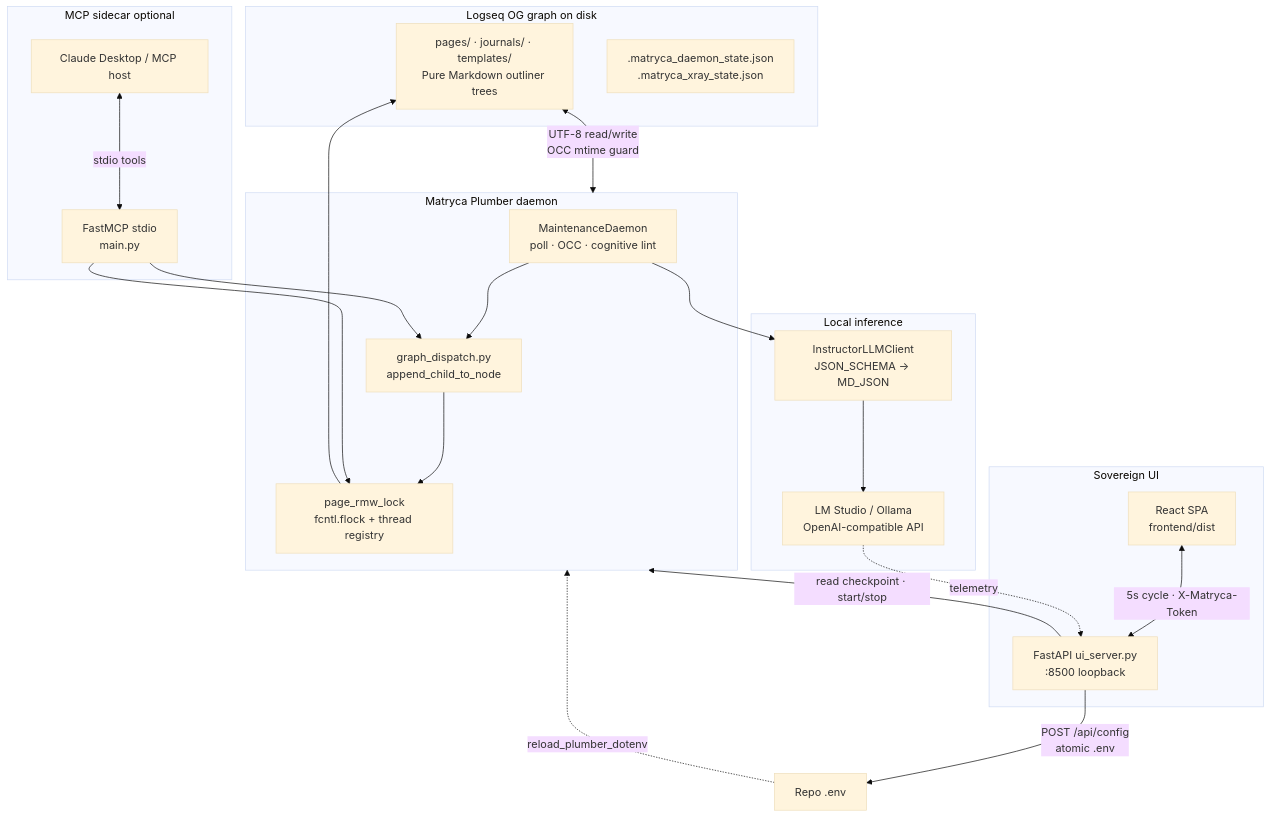
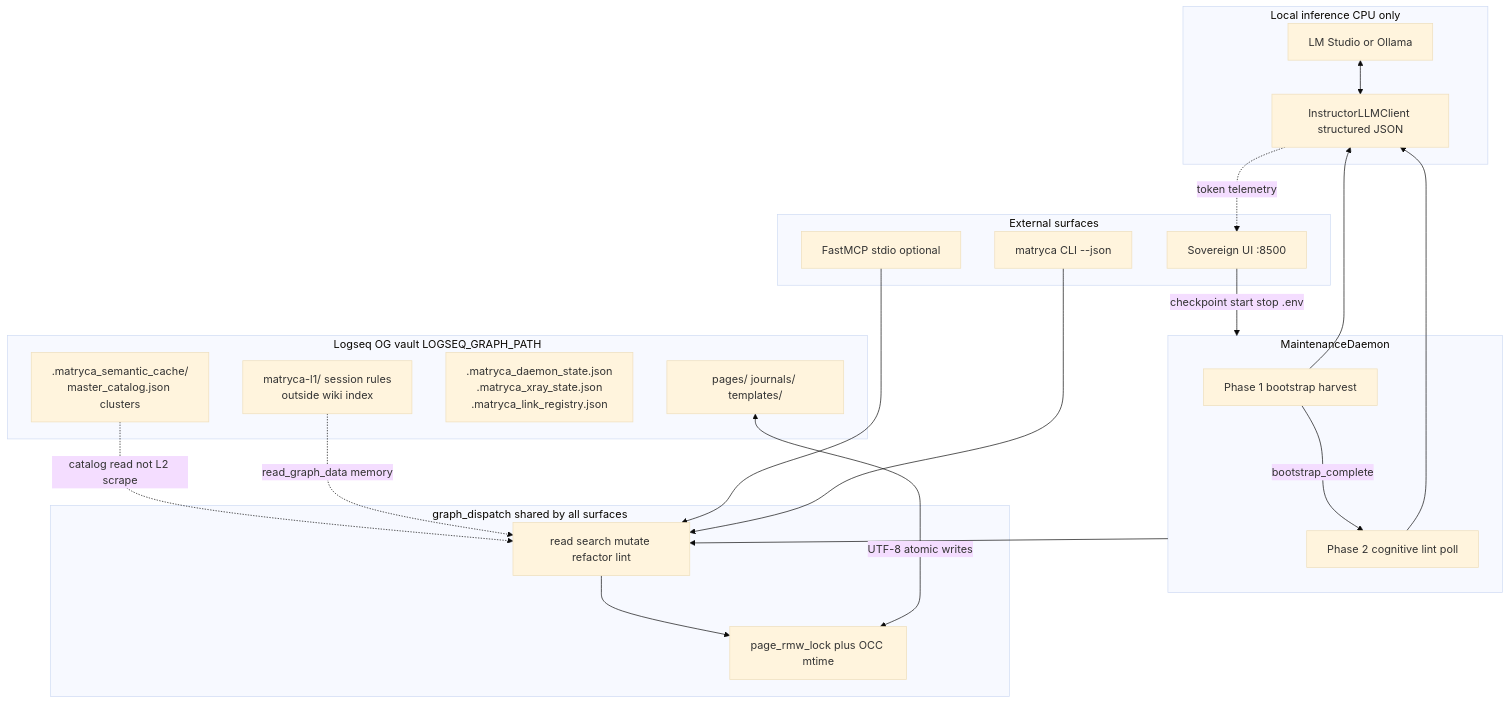
Before and after one commit to blackwolf225/matryca-plumber: the fourth of 13 diagrams in docs/ARCHITECTURE.md, drawn with Mermaid (base theme). The commit also changed other lines of this file and 21 other files, not shown here.

Commit message:
chore: release 1.9.5 LLM OS agent contract, bootstrap_status read target, and documentation alignment.

````diff
--- a/docs/ARCHITECTURE.md
+++ b/docs/ARCHITECTURE.md
@@ -128,43 +192,44 @@
 ```mermaid
-graph TD
-  subgraph graph["Logseq OG graph on disk"]
-    MD["pages/ · journals/ · templates/\nPure Markdown outliner trees"]
-    LEDGER[".matryca_daemon_state.json\n.matryca_xray_state.json"]
+flowchart TB
+  subgraph vault [Logseq OG vault LOGSEQ_GRAPH_PATH]
+    Pages["pages/ journals/ templates/"]
+    Cache[".matryca_semantic_cache/\nmaster_catalog.json clusters"]
+    Ledgers[".matryca_daemon_state.json\n.matryca_xray_state.json\n.matryca_link_registry.json"]
+    L1["matryca-l1/ session rules\noutside wiki index"]
   end
 
-  subgraph daemon["Matryca Plumber daemon"]
-    MD_POLL["MaintenanceDaemon\npoll · OCC · cognitive lint"]
-    GD["graph_dispatch.py\nappend_child_to_node"]
-    LOCK["page_rmw_lock\nfcntl.flock + thread registry"]
-    MD_POLL --> GD
-    GD --> LOCK
-    LOCK --> MD
+  subgraph inference [Local inference CPU only]
+    LM[LM Studio or Ollama]
+    Client[InstructorLLMClient structured JSON]
+    LM <--> Client
   end
 
-  subgraph llm["Local inference"]
-    LM["LM Studio / Ollama\nOpenAI-compatible API"]
-    INST["InstructorLLMClient\nJSON_SCHEMA → MD_JSON"]
-    MD_POLL --> INST
-    INST --> LM
+  subgraph engine [MaintenanceDaemon]
+    P1[Phase 1 bootstrap harvest]
+    P2[Phase 2 cognitive lint poll]
+    P1 -->|"bootstrap_complete"| P2
+    P1 --> Client
+    P2 --> Client
   end
 
-  subgraph ui["Sovereign UI"]
-    REACT["React SPA\nfrontend/dist"]
-    API["FastAPI ui_server.py\n:8500 loopback"]
-    REACT <-->|"5s cycle · X-Matryca-Token"| API
+  subgraph dispatch [graph_dispatch shared by all surfaces]
+    GD[read search mutate refactor lint]
+    Lock[page_rmw_lock plus OCC mtime]
+    GD --> Lock
   end
 
-  subgraph mcp["MCP sidecar optional"]
-    HOST["Claude Desktop / MCP host"]
-    FMCP["FastMCP stdio\nmain.py"]
-    HOST <-->|"stdio tools"| FMCP
+  subgraph surfaces [External surfaces]
+    UI[Sovereign UI :8500]
+    MCP[FastMCP stdio optional]
+    CLI[matryca CLI --json]
   end
 
-  MD <-->|"UTF-8 read/write\nOCC mtime guard"| daemon
-  API -->|"read checkpoint · start/stop"| daemon
-  FMCP --> GD
-  FMCP --> LOCK
-  API -->|"POST /api/config\natomic .env"| ENV["Repo .env"]
-  ENV -.->|"reload_plumber_dotenv"| daemon
-  LM -.->|"telemetry"| API
+  Pages <-->|"UTF-8 atomic writes"| Lock
+  Cache -.->|"catalog read not L2 scrape"| GD
+  L1 -.->|"read_graph_data memory"| GD
+  engine --> GD
+  UI -->|"checkpoint start stop .env"| engine
+  MCP --> GD
+  CLI --> GD
+  Client -.->|"token telemetry"| UI
 ```
````
